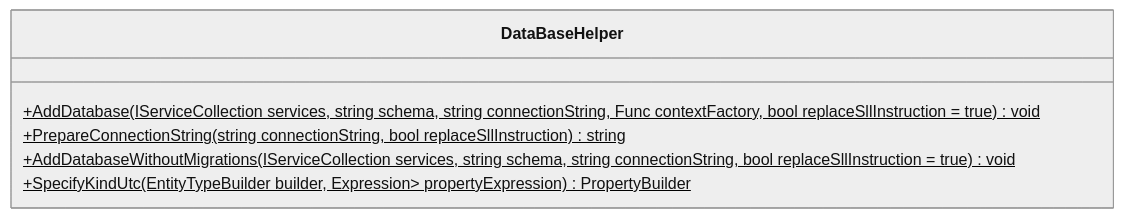
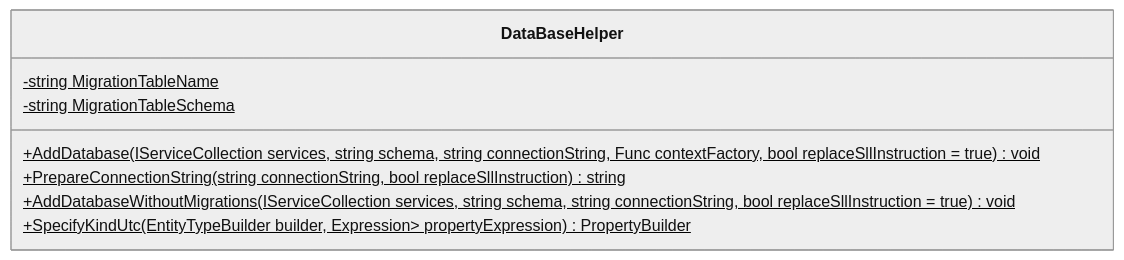
Before and after one commit to MyJetWallet/MyJetWallet.Sdk.Postgres: the first of 5 diagrams in CODE_METRICS.md, drawn with Mermaid (neutral theme). The commit also changed other lines of this file, not shown here.

````diff
--- a/CODE_METRICS.md
+++ b/CODE_METRICS.md
@@ -155,10 +187,12 @@
 ```mermaid
 classDiagram
 class DataBaseHelper{
+    -string MigrationTableName$
+    -string MigrationTableSchema$
     +AddDatabase<T>(IServiceCollection services, string schema, string connectionString, Func<DbContextOptions, T> contextFactory, bool replaceSllInstruction = true)$ void
     +PrepareConnectionString(string connectionString, bool replaceSllInstruction)$ string
     +AddDatabaseWithoutMigrations<T>(IServiceCollection services, string schema, string connectionString, bool replaceSllInstruction = true)$ void
     +SpecifyKindUtc<TEntity>(EntityTypeBuilder<TEntity> builder, Expression<Func<TEntity, DateTime>> propertyExpression)$ PropertyBuilder<DateTime>
 }
 
 ```
````
